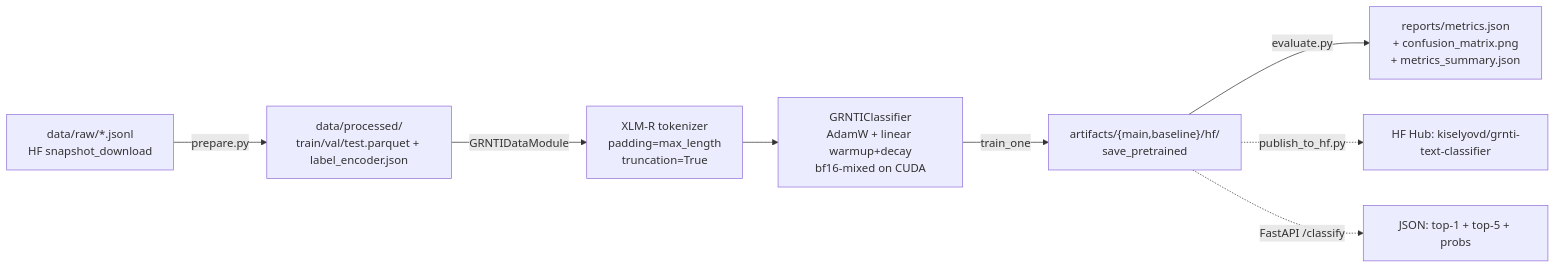
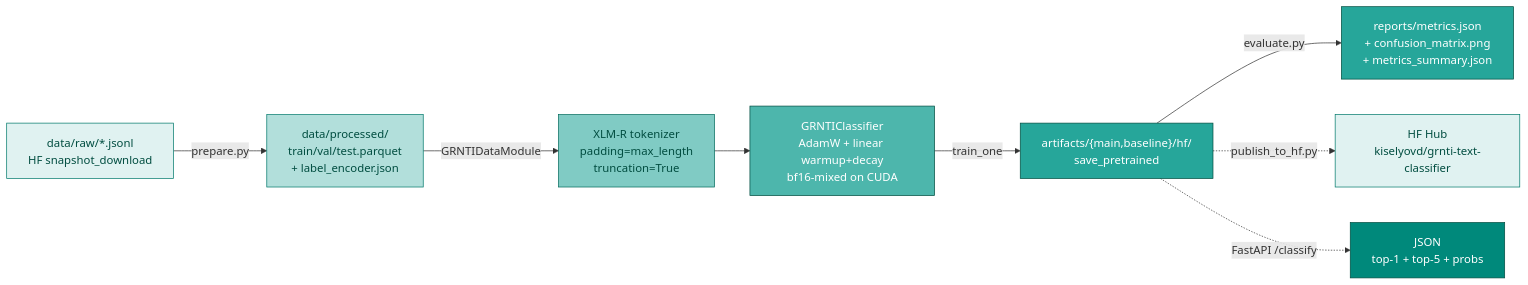
Before and after one commit to kiselyovd/grnti-text-classifier: the diagram in docs/architecture.md, drawn with Mermaid.

Commit message:
style(arch): recolor mermaid flowchart in project-branded palette

````diff
--- a/docs/architecture.md
+++ b/docs/architecture.md
@@ -5,10 +5,17 @@
 ```mermaid
 flowchart LR
-    A["data/raw/*.jsonl<br/>HF snapshot_download"] -->|prepare.py| B["data/processed/<br/>train/val/test.parquet + label_encoder.json"]
-    B -->|GRNTIDataModule| C["XLM-R tokenizer<br/>padding=max_length<br/>truncation=True"]
-    C --> D["GRNTIClassifier<br/>AdamW + linear warmup+decay<br/>bf16-mixed on CUDA"]
-    D -->|train_one| E["artifacts/{main,baseline}/hf/<br/>save_pretrained"]
-    E -->|evaluate.py| F["reports/metrics.json<br/>+ confusion_matrix.png<br/>+ metrics_summary.json"]
-    E -.->|publish_to_hf.py| G["HF Hub: kiselyovd/grnti-text-classifier"]
-    E -.->|"FastAPI /classify"| H["JSON: top-1 + top-5 + probs"]
+    A["data/raw/*.jsonl<br/>HF snapshot_download"]:::external -->|prepare.py| B["data/processed/<br/>train/val/test.parquet<br/>+ label_encoder.json"]:::data
+    B -->|GRNTIDataModule| C["XLM-R tokenizer<br/>padding=max_length<br/>truncation=True"]:::code
+    C --> D["GRNTIClassifier<br/>AdamW + linear warmup+decay<br/>bf16-mixed on CUDA"]:::model
+    D -->|train_one| E["artifacts/{main,baseline}/hf/<br/>save_pretrained"]:::artifact
+    E -->|evaluate.py| F["reports/metrics.json<br/>+ confusion_matrix.png<br/>+ metrics_summary.json"]:::artifact
+    E -.->|publish_to_hf.py| G["HF Hub<br/>kiselyovd/grnti-text-classifier"]:::external
+    E -.->|"FastAPI /classify"| H["JSON<br/>top-1 + top-5 + probs"]:::serve
+
+    classDef external fill:#E0F2F1,stroke:#00796B,color:#004D40
+    classDef data fill:#B2DFDB,stroke:#00796B,color:#004D40
+    classDef code fill:#80CBC4,stroke:#00695C,color:#004D40
+    classDef model fill:#4DB6AC,stroke:#004D40,color:#fff
+    classDef artifact fill:#26A69A,stroke:#004D40,color:#fff
+    classDef serve fill:#00897B,stroke:#004D40,color:#fff
 ```
````
